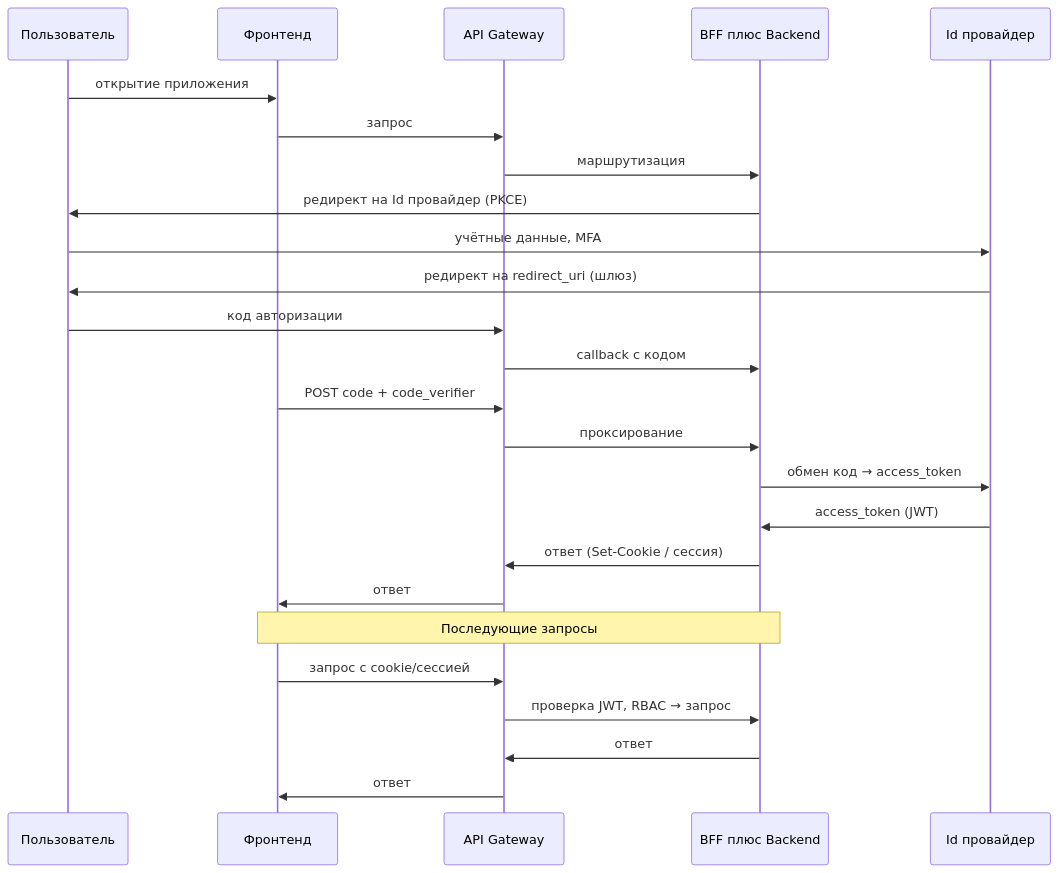
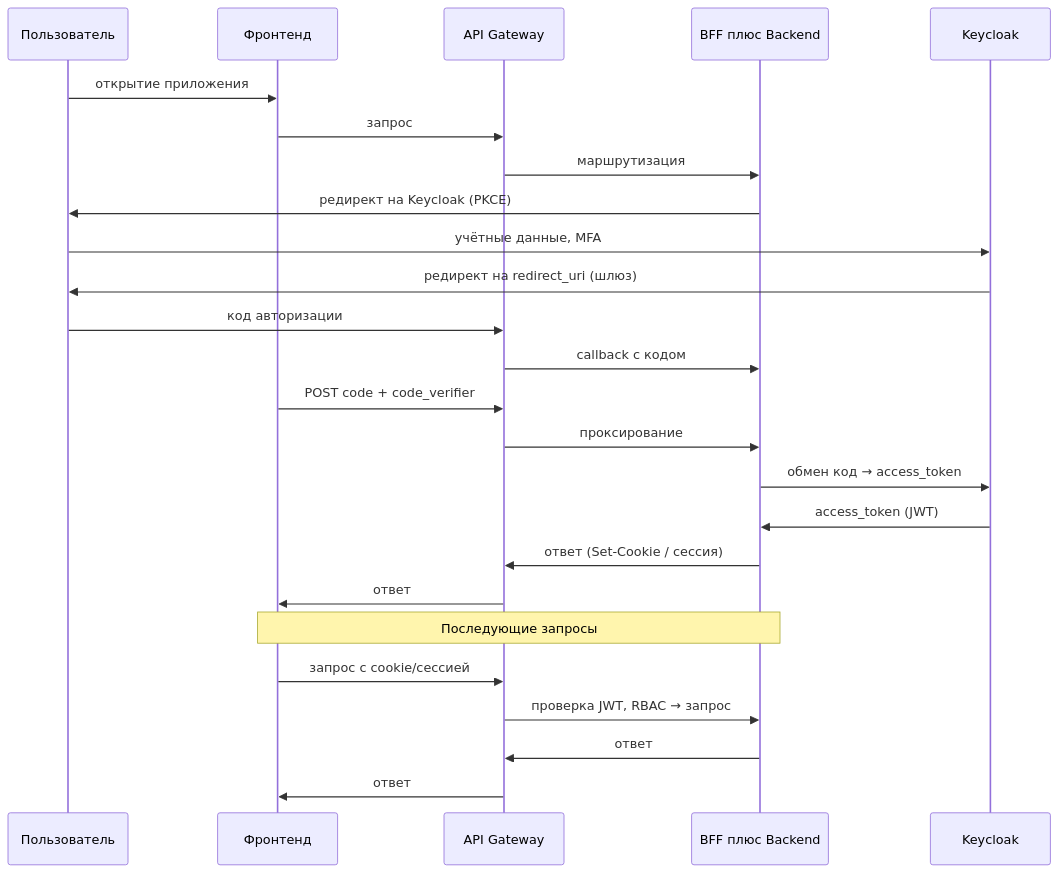
The fifth of 19 diagrams in Farmadoc_documentation/1.Пояснительная записка к техническому проекту.md (Trump68/infra), drawn with Mermaid before and after one commit. The commit also changed other lines of this file, not shown here.

````diff
--- a/Farmadoc_documentation/1.Пояснительная записка к техническому проекту.md
+++ b/Farmadoc_documentation/1.Пояснительная записка к техническому проекту.md
@@ -736,29 +735,29 @@
 ```mermaid
 sequenceDiagram
   participant User as Пользователь
   participant Frontend as Фронтенд
   participant Gateway as API Gateway
   participant App as BFF плюс Backend
-  participant IdP as Id провайдер
+  participant IdP as Keycloak
 
   User->>Frontend: открытие приложения
   Frontend->>Gateway: запрос
   Gateway->>App: маршрутизация
-  App->>User: редирект на Id провайдер (PKCE)
+  App->>User: редирект на Keycloak (PKCE)
   User->>IdP: учётные данные, MFA
   IdP->>User: редирект на redirect_uri (шлюз)
   User->>Gateway: код авторизации
   Gateway->>App: callback с кодом
   Frontend->>Gateway: POST code + code_verifier
   Gateway->>App: проксирование
   App->>IdP: обмен код → access_token
   IdP->>App: access_token (JWT)
   App->>Gateway: ответ (Set-Cookie / сессия)
   Gateway->>Frontend: ответ
 
   Note over Frontend,App: Последующие запросы
   Frontend->>Gateway: запрос с cookie/сессией
   Gateway->>App: проверка JWT, RBAC → запрос
   App->>Gateway: ответ
   Gateway->>Frontend: ответ
 ```
````
